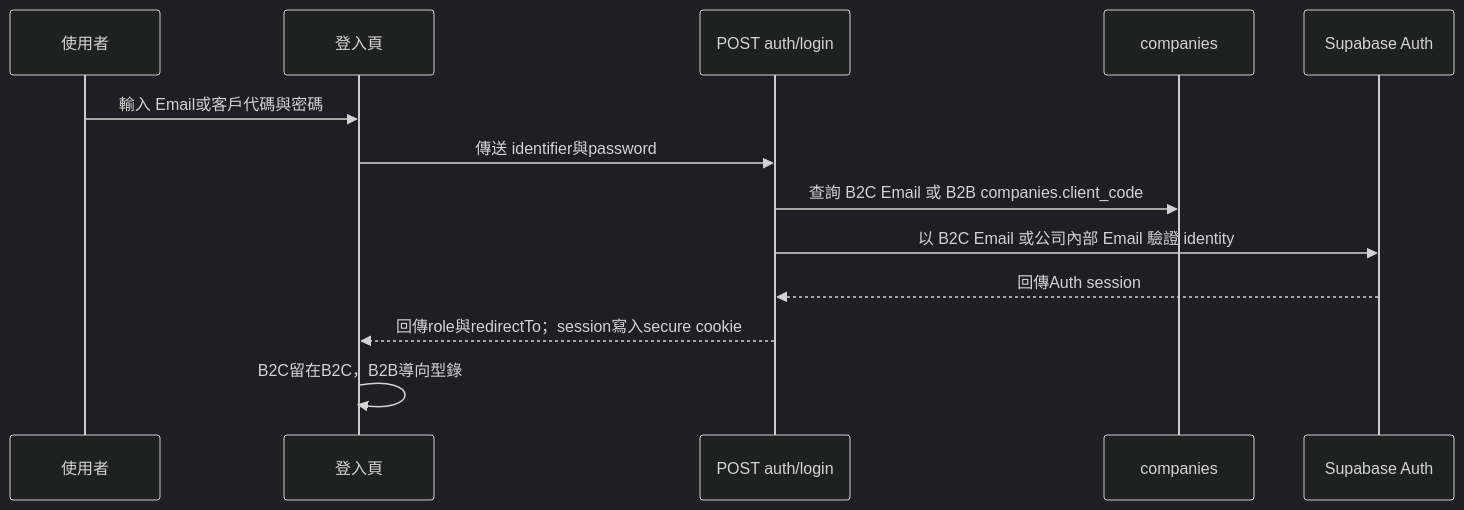
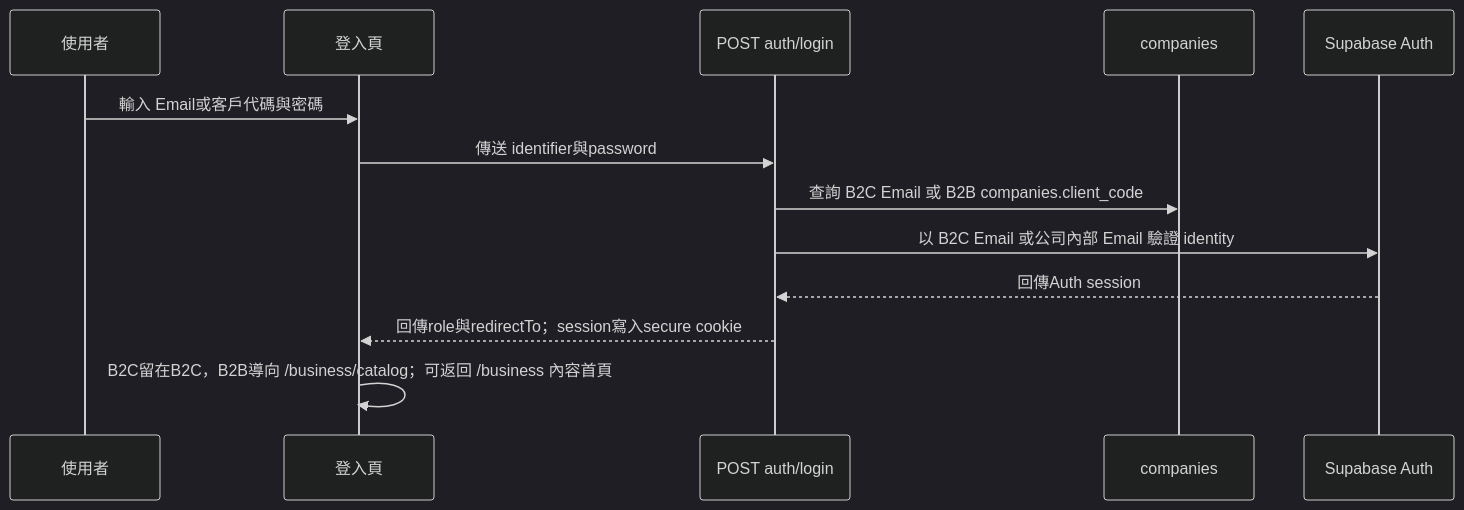
The second of 2 diagrams in docs/FDDv4.1.md (Cindy902121/yuanjia), drawn with Mermaid (dark theme) before and after one commit. The commit also changed other lines of this file and 15 other files, not shown here.

````diff
--- a/docs/FDDv4.1.md
+++ b/docs/FDDv4.1.md
@@ -91,15 +102,15 @@
 ```mermaid
 sequenceDiagram
     participant U as 使用者
     participant L as 登入頁
     participant API as POST auth/login
     participant DB as companies
     participant AUTH as Supabase Auth
     U->>L: 輸入 Email或客戶代碼與密碼
     L->>API: 傳送 identifier與password
     API->>DB: 查詢 B2C Email 或 B2B companies.client_code
     API->>AUTH: 以 B2C Email 或公司內部 Email 驗證 identity
     AUTH-->>API: 回傳Auth session
     API-->>L: 回傳role與redirectTo；session寫入secure cookie
-    L->>L: B2C留在B2C，B2B導向型錄
+    L->>L: B2C留在B2C，B2B導向 /business/catalog；可返回 /business 內容首頁
 ```
````
